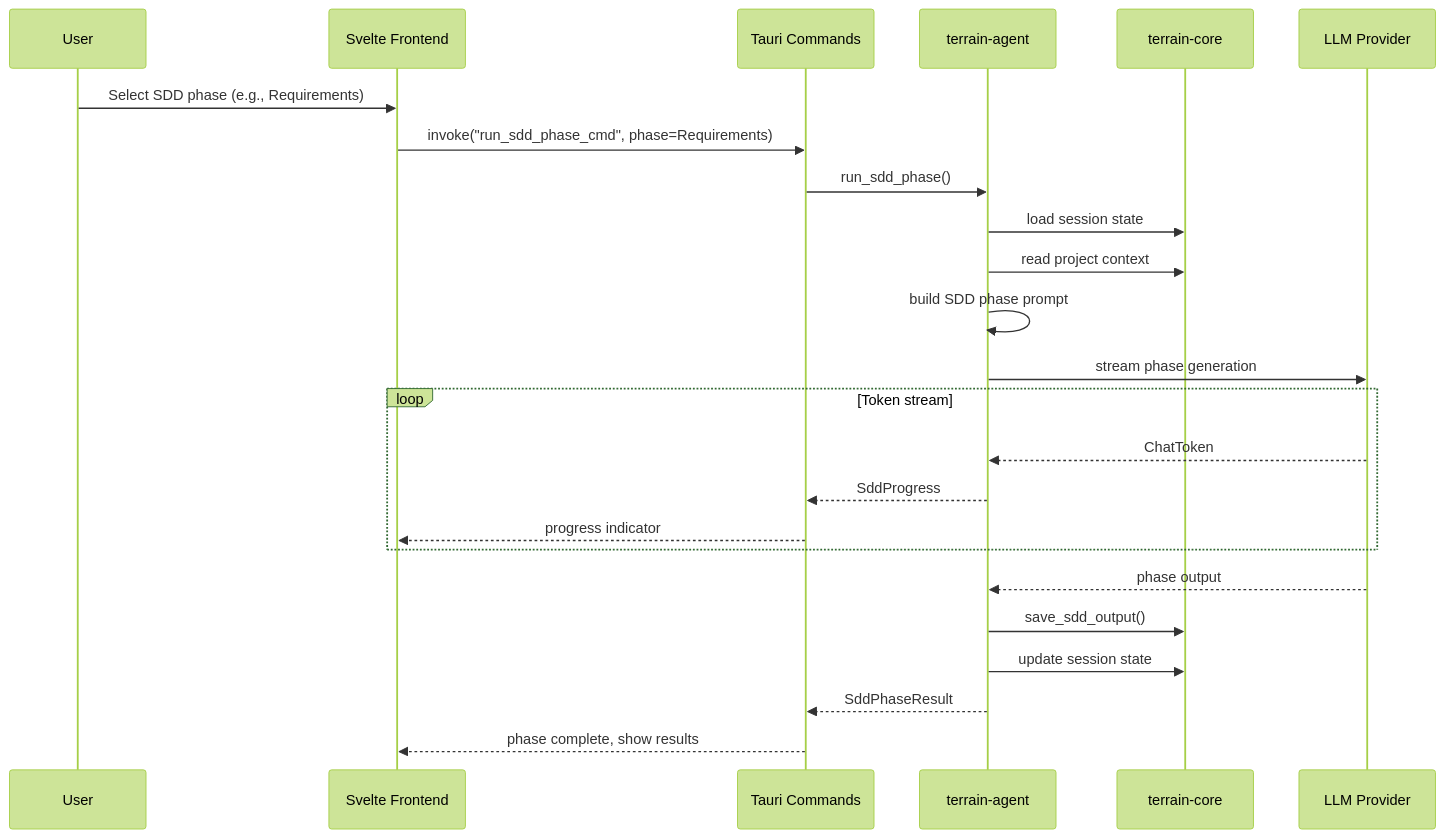
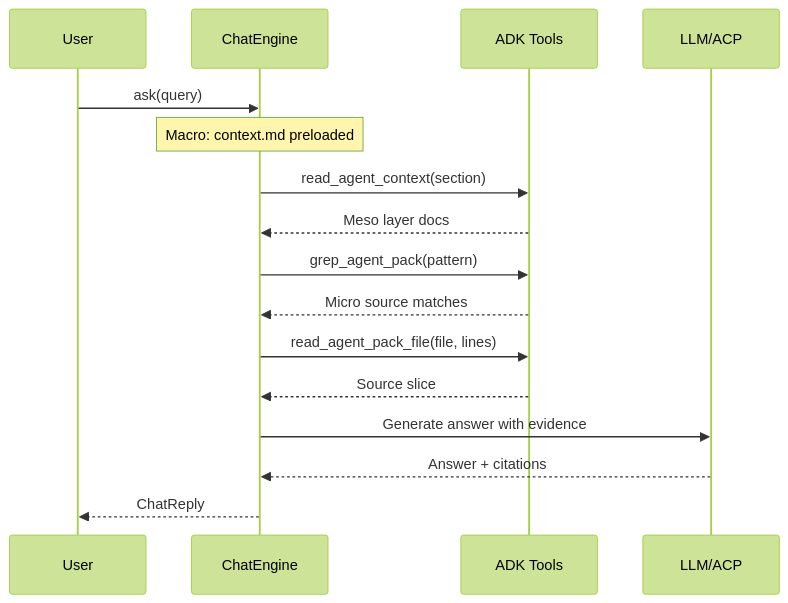
The sixth of 6 diagrams in .terrain/human/2.Architecture.md (sopaco/terrain), drawn with Mermaid (forest theme) before and after one commit. The commit also changed other lines of this file and 10 other files, not shown here.

````diff
--- a/.terrain/human/2.Architecture.md
+++ b/.terrain/human/2.Architecture.md
@@ -253,27 +217,19 @@
 ```mermaid
 sequenceDiagram
     participant User
-    participant UI as Svelte Frontend
-    participant Tauri as Tauri Commands
-    participant Agent as terrain-agent
-    participant Core as terrain-core
-    participant LLM as LLM Provider
+    participant Engine as ChatEngine
+    participant Tools as ADK Tools
+    participant LLM as LLM/ACP
 
-    User->>UI: Select SDD phase (e.g., Requirements)
-    UI->>Tauri: invoke("run_sdd_phase_cmd", phase=Requirements)
-    Tauri->>Agent: run_sdd_phase()
-    Agent->>Core: load session state
-    Agent->>Core: read project context
-    Agent->>Agent: build SDD phase prompt
-    Agent->>LLM: stream phase generation
-    loop Token stream
-        LLM-->>Agent: ChatToken
-        Agent-->>Tauri: SddProgress
-        Tauri-->>UI: progress indicator
-    end
-    LLM-->>Agent: phase output
-    Agent->>Core: save_sdd_output()
-    Agent->>Core: update session state
-    Agent-->>Tauri: SddPhaseResult
-    Tauri-->>UI: phase complete, show results
+    User->>Engine: ask(query)
+    Note over Engine: Macro: context.md preloaded
+    Engine->>Tools: read_agent_context(section)
+    Tools-->>Engine: Meso layer docs
+    Engine->>Tools: grep_agent_pack(pattern)
+    Tools-->>Engine: Micro source matches
+    Engine->>Tools: read_agent_pack_file(file, lines)
+    Tools-->>Engine: Source slice
+    Engine->>LLM: Generate answer with evidence
+    LLM-->>Engine: Answer + citations
+    Engine-->>User: ChatReply
 ```
````
